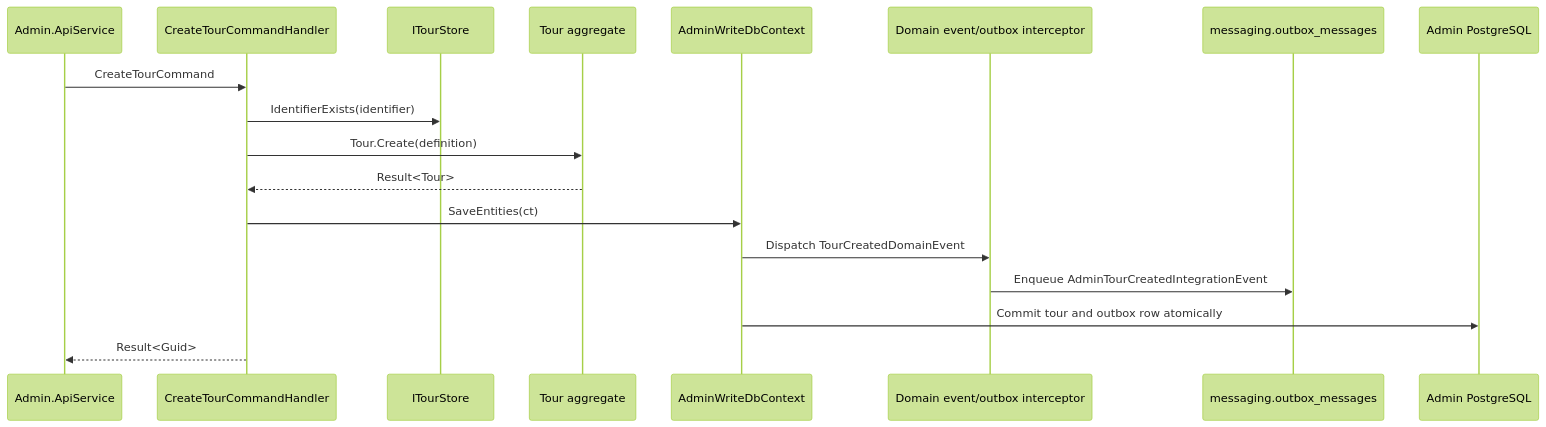
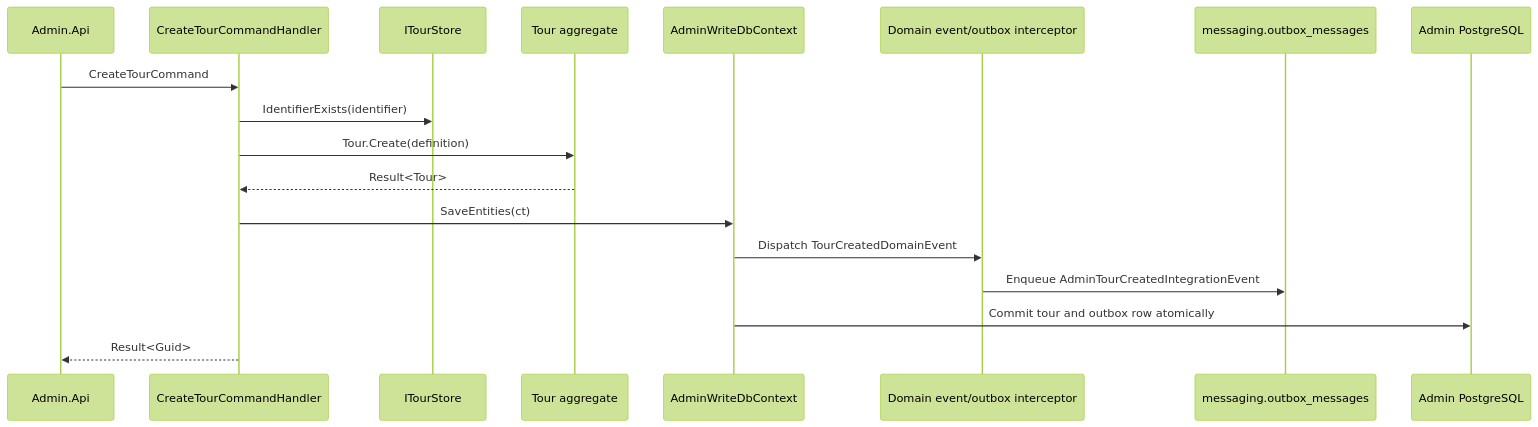
Before and after one commit to danigutsch/ViajantesTurismo: the second of 12 diagrams in docs/architecture/FLOWS.md, drawn with Mermaid (forest theme). The commit also changed other lines of this file and 250 other files, not shown here.

Commit message:
refactor(api): rename Admin and Catalog API projects

````diff
--- a/docs/architecture/FLOWS.md
+++ b/docs/architecture/FLOWS.md
@@ -57,21 +57,21 @@
 ```mermaid
 sequenceDiagram
-    participant API as Admin.ApiService
+    participant API as Admin.Api
     participant Handler as CreateTourCommandHandler
     participant Store as ITourStore
     participant Tour as Tour aggregate
     participant Context as AdminWriteDbContext
     participant Interceptor as Domain event/outbox interceptor
     participant Outbox as messaging.outbox_messages
     participant Db as Admin PostgreSQL
 
     API->>Handler: CreateTourCommand
     Handler->>Store: IdentifierExists(identifier)
     Handler->>Tour: Tour.Create(definition)
     Tour-->>Handler: Result<Tour>
     Handler->>Context: SaveEntities(ct)
     Context->>Interceptor: Dispatch TourCreatedDomainEvent
     Interceptor->>Outbox: Enqueue AdminTourCreatedIntegrationEvent
     Context->>Db: Commit tour and outbox row atomically
     Handler-->>API: Result<Guid>
 ```
````
